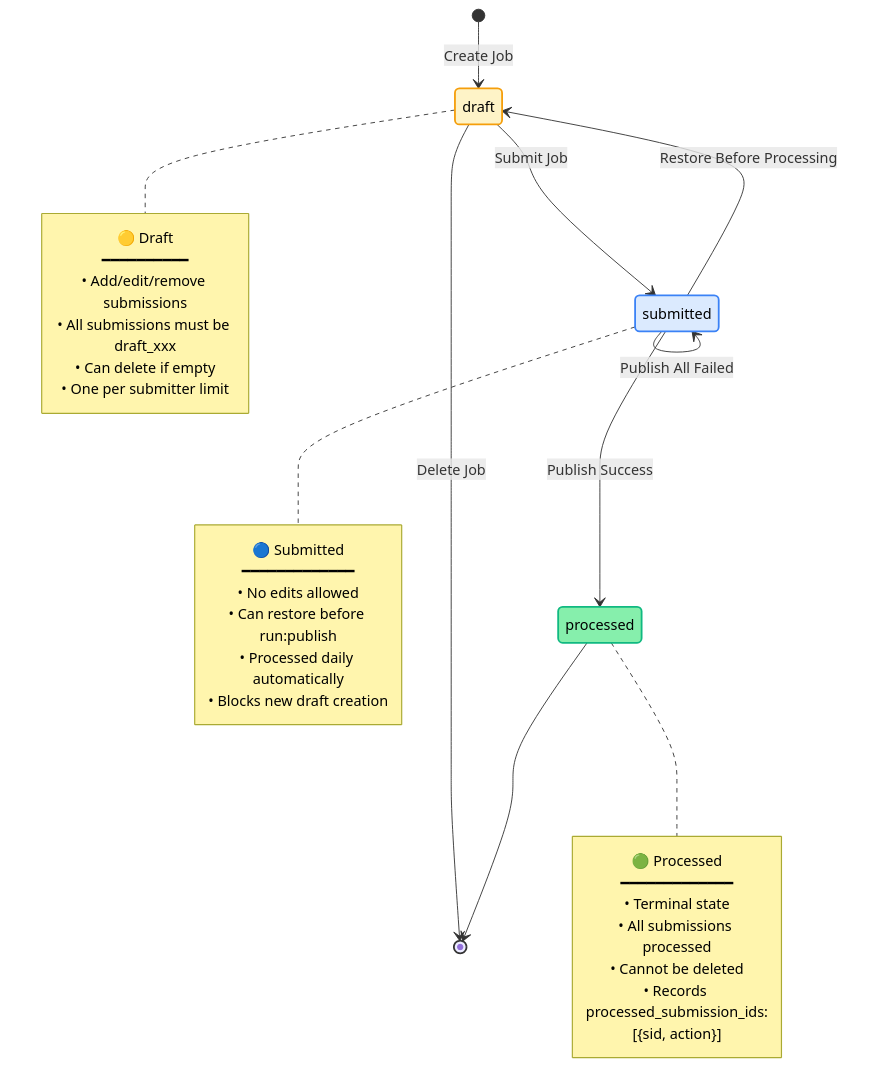
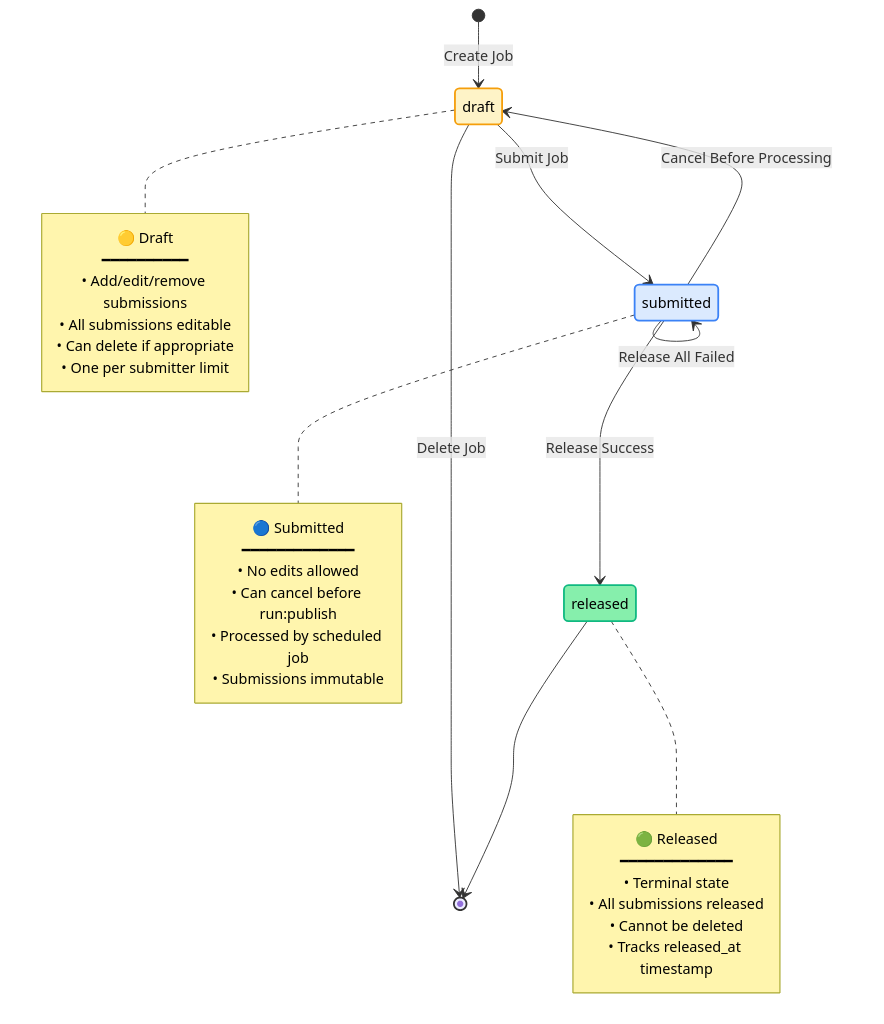
One commit to GeneCurationCoalition/gencc-sub changed the sixth of 11 diagrams in docs/STATE_MODEL_DIAGRAMS.md. Above: the diagram before and after it, drawn with Mermaid. The commit also changed other lines of this file and 11 other files, not shown here.

````diff
--- a/docs/STATE_MODEL_DIAGRAMS.md
+++ b/docs/STATE_MODEL_DIAGRAMS.md
@@ -322,49 +294,48 @@
 ```mermaid
 stateDiagram-v2
     [*] --> draft: Create Job
 
     draft --> submitted: Submit Job
     draft --> [*]: Delete Job
 
-    submitted --> processed: Publish Success
-    submitted --> submitted: Publish All Failed
-    submitted --> draft: Restore Before Processing
+    submitted --> released: Release Success
+    submitted --> submitted: Release All Failed
+    submitted --> draft: Cancel Before Processing
 
-    processed --> [*]
+    released --> [*]
 
     note right of draft
         🟡 Draft
         ━━━━━━━━━━
         • Add/edit/remove submissions
-        • All submissions must be draft_xxx
-        • Can delete if empty
+        • All submissions editable
+        • Can delete if appropriate
         • One per submitter limit
     end note
 
     note right of submitted
         🔵 Submitted
         ━━━━━━━━━━━━━
         • No edits allowed
-        • Can restore before run:publish
-        • Processed daily automatically
-        • Blocks new draft creation
+        • Can cancel before run:publish
+        • Processed by scheduled job
+        • Submissions immutable
     end note
 
-    note right of processed
-        🟢 Processed
+    note right of released
+        🟢 Released
         ━━━━━━━━━━━━━
         • Terminal state
-        • All submissions processed
+        • All submissions released
         • Cannot be deleted
-        • Records processed_submission_ids:
-          [{sid, action}]
+        • Tracks released_at timestamp
     end note
 
     classDef draftStyle fill:#FEF3C7,stroke:#F59E0B,stroke-width:2px,color:#000
     classDef submittedStyle fill:#DBEAFE,stroke:#3B82F6,stroke-width:2px,color:#000
-    classDef processedStyle fill:#86EFAC,stroke:#10B981,stroke-width:2px,color:#000
+    classDef releasedStyle fill:#86EFAC,stroke:#10B981,stroke-width:2px,color:#000
 
     class draft draftStyle
     class submitted submittedStyle
-    class processed processedStyle
+    class released releasedStyle
 ```
````
